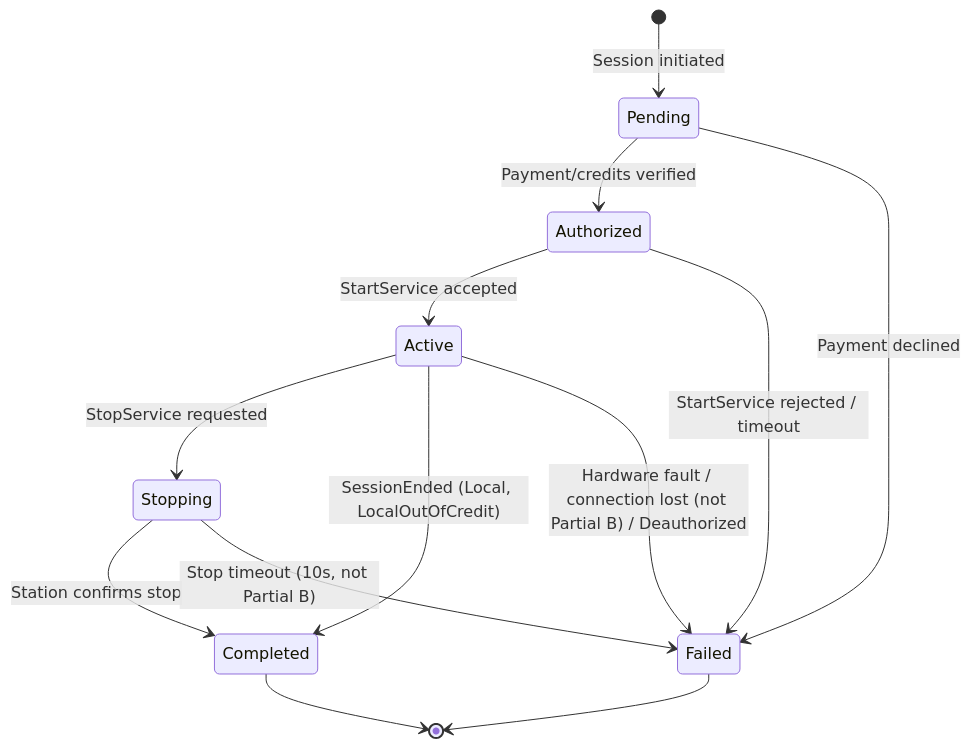
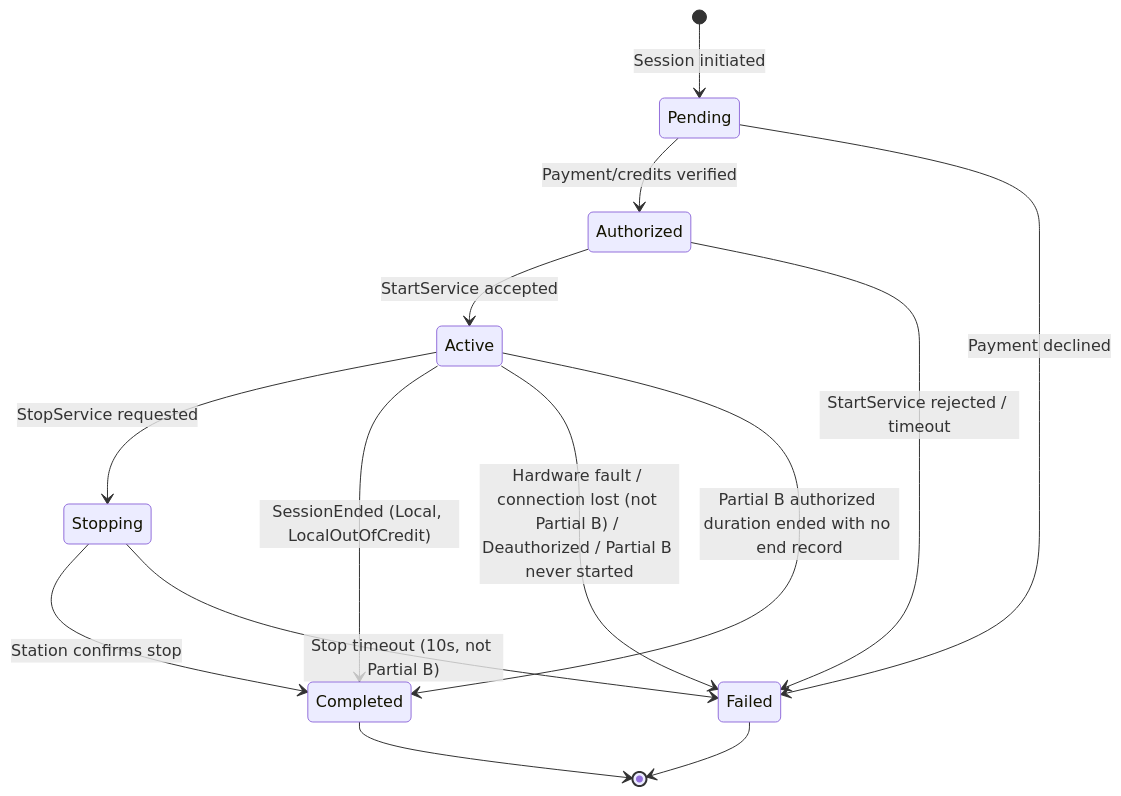
Before and after one commit to ospp-org/spec: the third of 7 diagrams in diagrams/README.md, drawn with Mermaid. The commit also changed 20 other files, not shown here.

````diff
--- a/diagrams/README.md
+++ b/diagrams/README.md
@@ -105,20 +105,21 @@
 ```mermaid
 stateDiagram-v2
     [*] --> Pending : Session initiated
 
     Pending --> Authorized : Payment/credits verified
     Pending --> Failed : Payment declined
 
     Authorized --> Active : StartService accepted
     Authorized --> Failed : StartService rejected / timeout
 
     Active --> Stopping : StopService requested
     Active --> Completed : SessionEnded (Local, LocalOutOfCredit)
-    Active --> Failed : Hardware fault / connection lost (not Partial B) / Deauthorized
+    Active --> Failed : Hardware fault / connection lost (not Partial B) / Deauthorized / Partial B never started
+    Active --> Completed : Partial B authorized duration ended with no end record
 
     Stopping --> Completed : Station confirms stop
     Stopping --> Failed : Stop timeout (10s, not Partial B)
 
     Completed --> [*]
     Failed --> [*]
 ```
````
